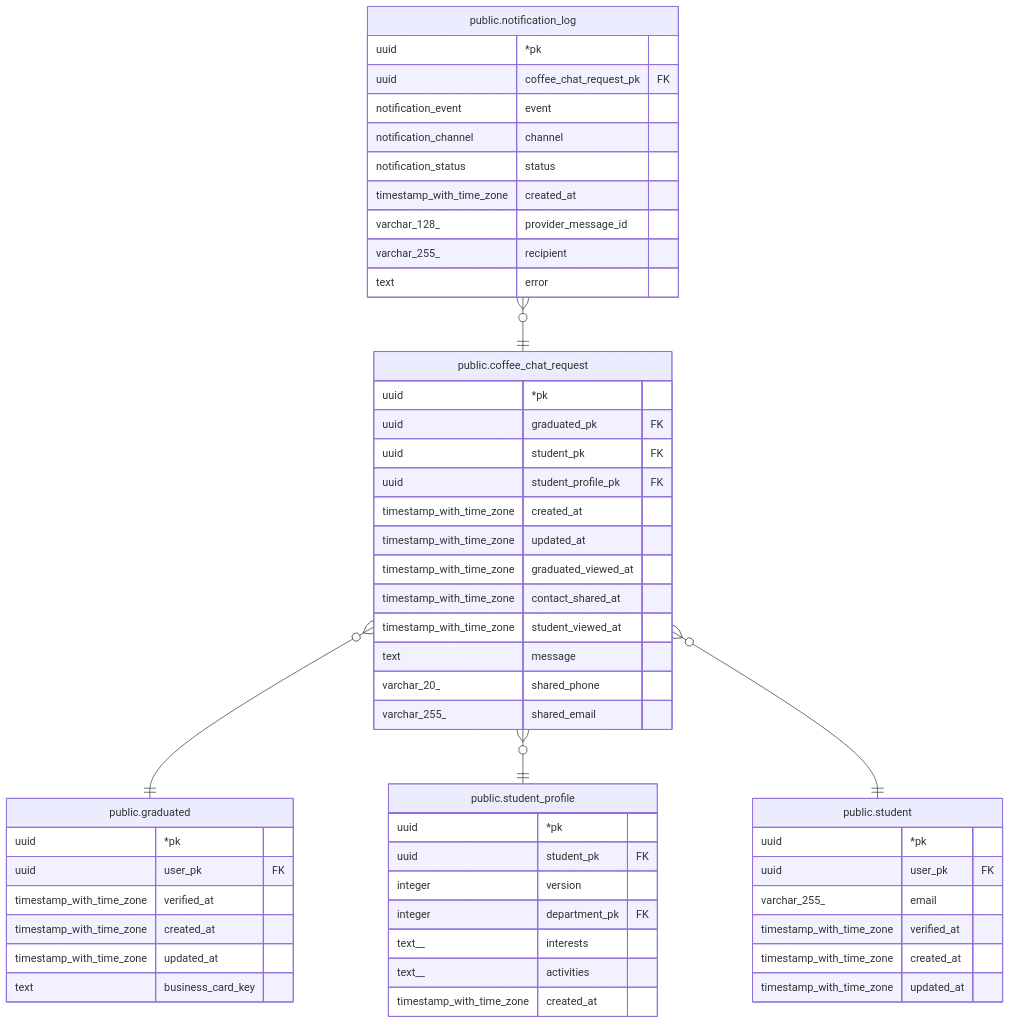
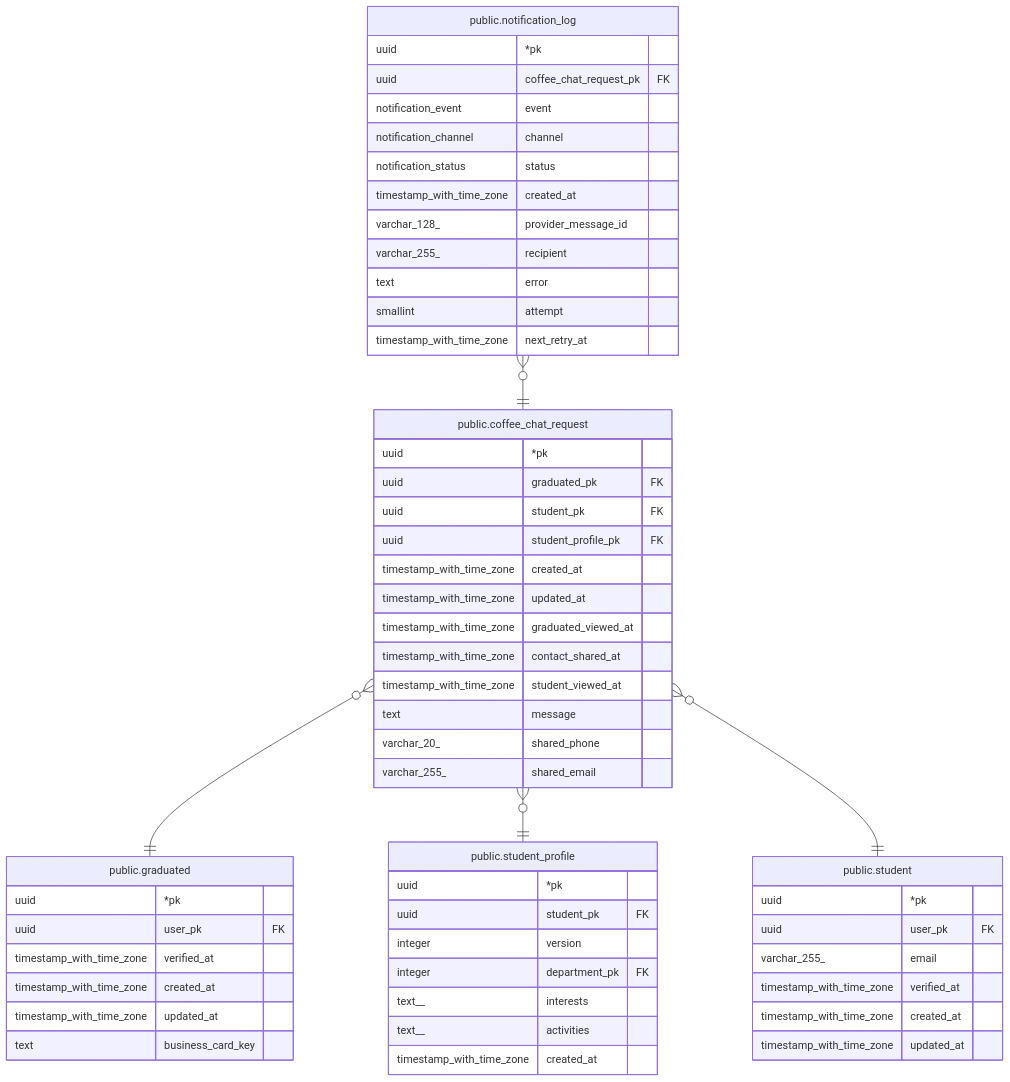
The diagram in docs/schema/public.coffee_chat_request.md (gsainfoteam/cheers-be), drawn with Mermaid before and after one commit. The commit also changed 7 other files, not shown here.

First line of the commit message:
- feat: add notification_log attempt and next_retry_at (CRB-75)

````diff
--- a/docs/schema/public.coffee_chat_request.md
+++ b/docs/schema/public.coffee_chat_request.md
@@ -43,59 +43,61 @@
 ```mermaid
 erDiagram
 
 "public.notification_log" }o--|| "public.coffee_chat_request" : ""
 "public.coffee_chat_request" }o--|| "public.graduated" : ""
 "public.coffee_chat_request" }o--|| "public.student_profile" : ""
 "public.coffee_chat_request" }o--|| "public.student" : ""
 
 "public.coffee_chat_request" {
   uuid *pk
   uuid graduated_pk FK
   uuid student_pk FK
   uuid student_profile_pk FK
   timestamp_with_time_zone created_at
   timestamp_with_time_zone updated_at
   timestamp_with_time_zone graduated_viewed_at
   timestamp_with_time_zone contact_shared_at
   timestamp_with_time_zone student_viewed_at
   text message
   varchar_20_ shared_phone
   varchar_255_ shared_email
 }
 "public.notification_log" {
   uuid *pk
   uuid coffee_chat_request_pk FK
   notification_event event
   notification_channel channel
   notification_status status
   timestamp_with_time_zone created_at
   varchar_128_ provider_message_id
   varchar_255_ recipient
   text error
+  smallint attempt
+  timestamp_with_time_zone next_retry_at
 }
 "public.graduated" {
   uuid *pk
   uuid user_pk FK
   timestamp_with_time_zone verified_at
   timestamp_with_time_zone created_at
   timestamp_with_time_zone updated_at
   text business_card_key
 }
 "public.student_profile" {
   uuid *pk
   uuid student_pk FK
   integer version
   integer department_pk FK
   text__ interests
   text__ activities
   timestamp_with_time_zone created_at
 }
 "public.student" {
   uuid *pk
   uuid user_pk FK
   varchar_255_ email
   timestamp_with_time_zone verified_at
   timestamp_with_time_zone created_at
   timestamp_with_time_zone updated_at
 }
 ```
````
